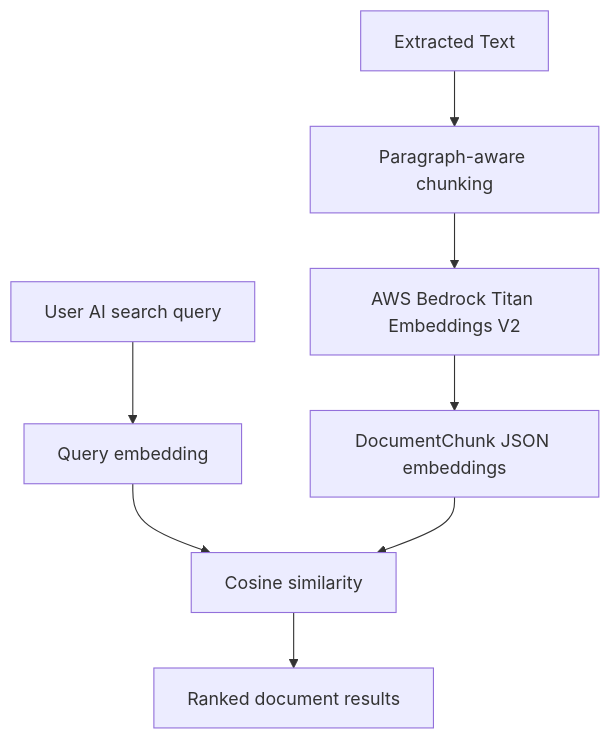
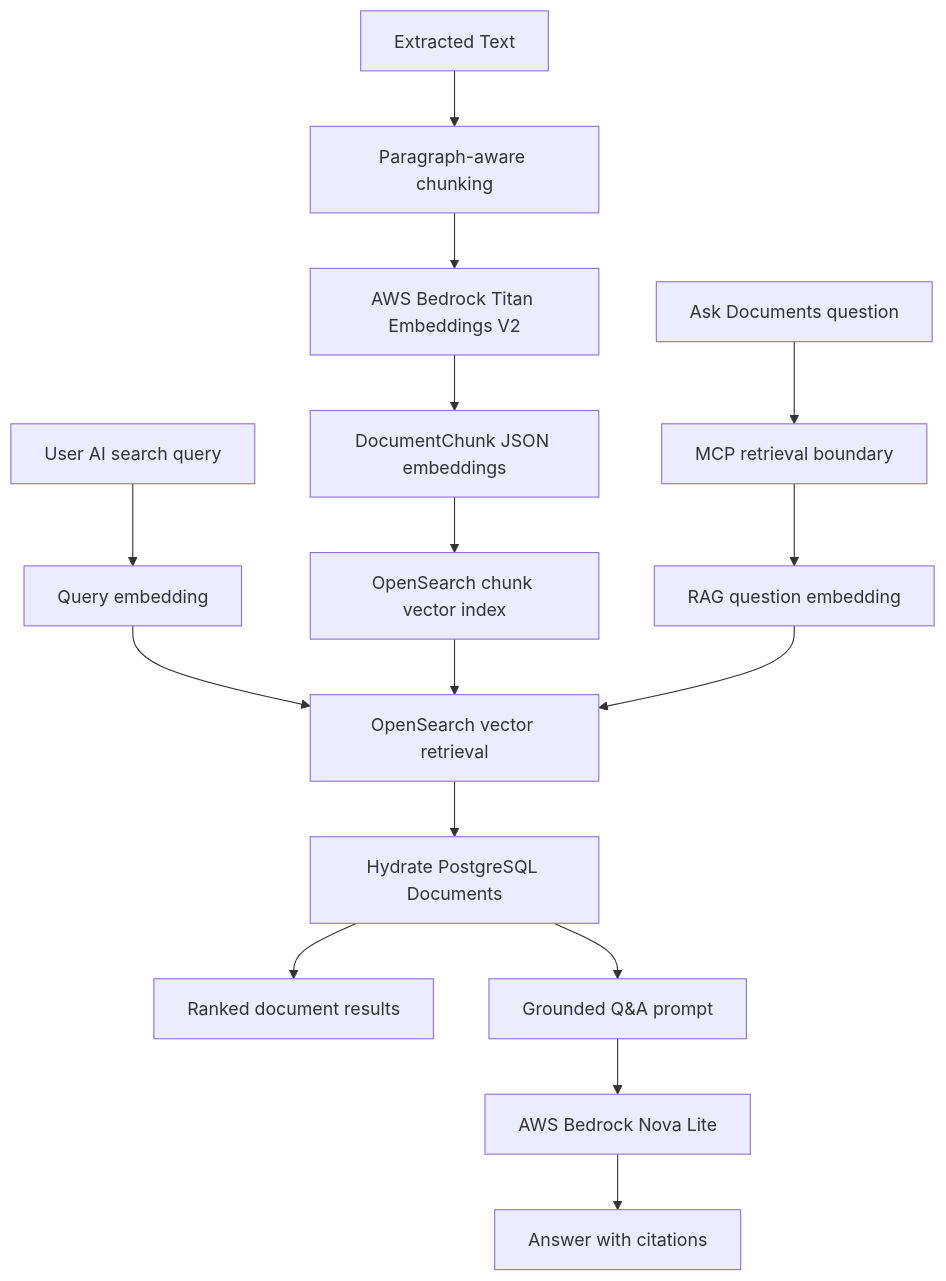
One commit to khaliqueaws-creator/document-management changed the fifth of 5 diagrams in docs/ai-workflow.md. Above: the diagram before and after it, drawn with Mermaid. The commit also changed other lines of this file and 70 other files, not shown here.

First line of the commit message:
Add MCP retrieval observability

````diff
--- a/docs/ai-workflow.md
+++ b/docs/ai-workflow.md
@@ -186,10 +188,18 @@
 ```mermaid
 flowchart TB
     Extracted[Extracted Text] --> Chunk[Paragraph-aware chunking]
     Chunk --> Titan[AWS Bedrock Titan Embeddings V2]
     Titan --> Store[DocumentChunk JSON embeddings]
     Query[User AI search query] --> QueryEmbedding[Query embedding]
-    QueryEmbedding --> Compare[Cosine similarity]
-    Store --> Compare
-    Compare --> Results[Ranked document results]
+    AskQuery[Ask Documents question] --> MCP[MCP retrieval boundary]
+    MCP --> RAGEmbedding[RAG question embedding]
+    Store --> Index[OpenSearch chunk vector index]
+    QueryEmbedding --> Search[OpenSearch vector retrieval]
+    Index --> Search
+    RAGEmbedding --> Search
+    Search --> Hydrate[Hydrate PostgreSQL Documents]
+    Hydrate --> Results[Ranked document results]
+    Hydrate --> RAGPrompt[Grounded Q&A prompt]
+    RAGPrompt --> Generator[AWS Bedrock Nova Lite]
+    Generator --> Answer[Answer with citations]
 ```
````
